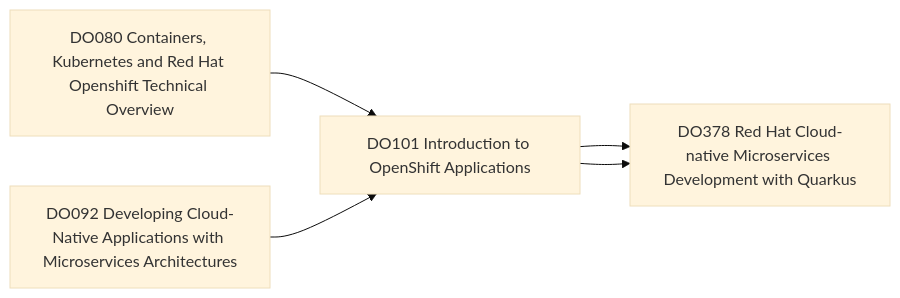
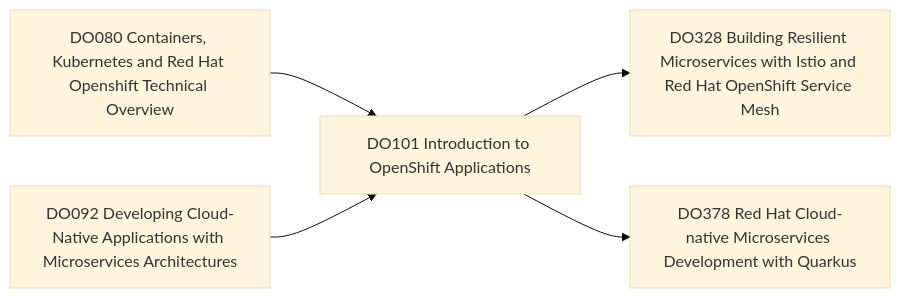
One commit to jland-redhat/markdown-material changed the diagram in docs/app_development_containers_fancy.md. Above: the diagram before and after it, drawn with Mermaid (base theme).

````diff
--- a/docs/app_development_containers_fancy.md
+++ b/docs/app_development_containers_fancy.md
@@ -3,7 +3,7 @@
 ``` mermaid
 graph LR
   A[DO080 Containers, Kubernetes and Red Hat Openshift Technical Overview] --> C[DO101 Introduction to OpenShift Applications];
   B[DO092 Developing Cloud-Native Applications with Microservices Architectures] --> C;
   C --> D[DO328 Building Resilient Microservices with Istio and Red Hat OpenShift Service Mesh];
-  C --> D[DO378 Red Hat Cloud-native Microservices Development with Quarkus];
+  C --> E[DO378 Red Hat Cloud-native Microservices Development with Quarkus];
 ```
````
